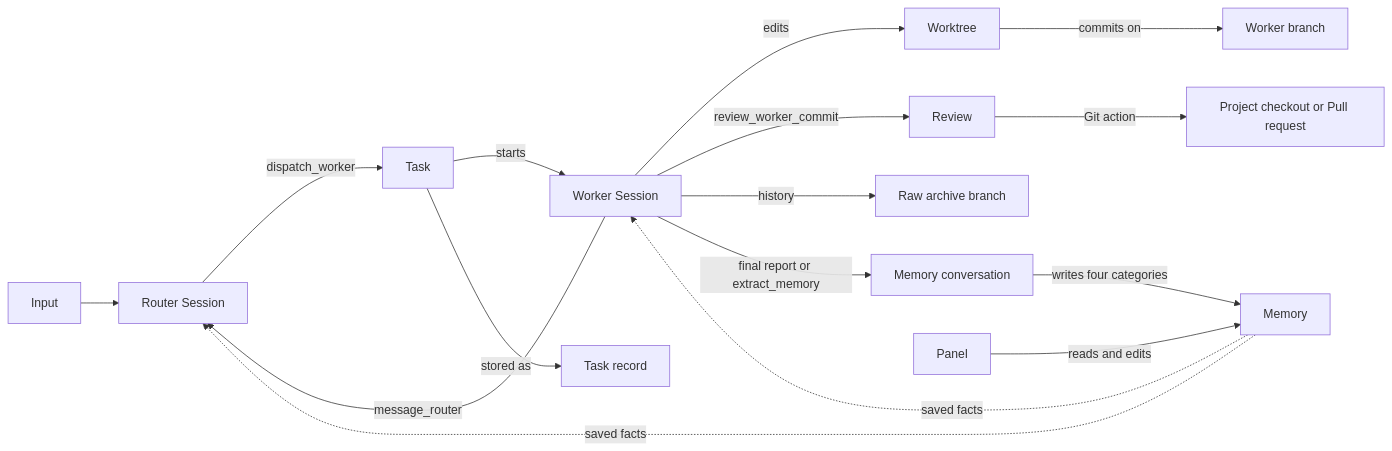
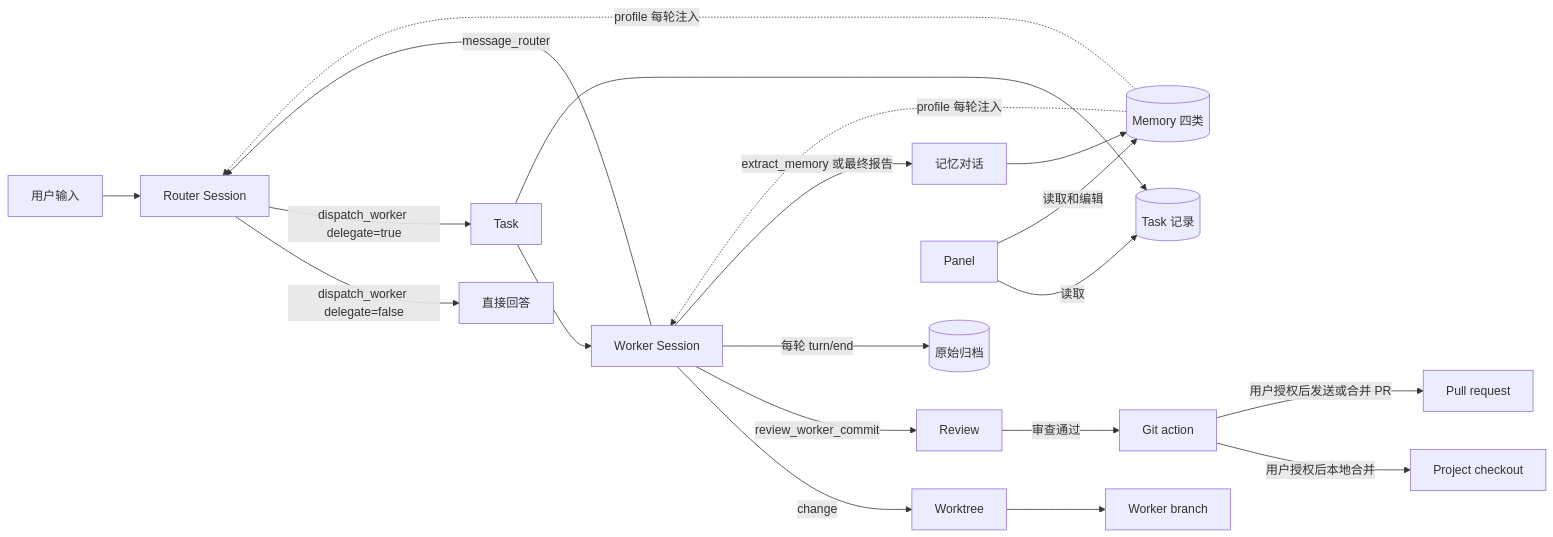
Before and after one commit to LMQ00/superagent-lite: the diagram in docs/001-domain.md, drawn with Mermaid. The commit also changed other lines of this file and 13 other files, not shown here.

````diff
--- a/docs/001-domain.md
+++ b/docs/001-domain.md
@@ -9,18 +9,22 @@
 ```mermaid
 flowchart LR
-  I[Input] --> R[Router Session]
-  R -->|dispatch_worker| T[Task]
-  T -->|starts| W[Worker Session]
-  W -->|edits| WT[Worktree]
-  WT -->|commits on| B[Worker branch]
+  I[用户输入] --> R[Router Session]
+  R -->|dispatch_worker delegate=false| A[直接回答]
+  R -->|dispatch_worker delegate=true| T[Task]
+  T --> W[Worker Session]
+  W -->|change| WT[Worktree]
+  WT --> B[Worker branch]
   W -->|review_worker_commit| V[Review]
   W -->|message_router| R
-  V -->|Git action| G[Project checkout or Pull request]
-  T -->|stored as| D[Task record]
-  W -->|history| A[Raw archive branch]
-  W -->|final report or extract_memory| X[Memory conversation]
-  X -->|writes four categories| M[Memory]
-  M -.->|saved facts| R
-  M -.->|saved facts| W
-  P[Panel] -->|reads and edits| M
+  V -->|审查通过| G[Git action]
+  G -->|用户授权后本地合并| P[Project checkout]
+  G -->|用户授权后发送或合并 PR| PR[Pull request]
+  T --> D[(Task 记录)]
+  W -->|每轮 turn/end| AR[(原始归档)]
+  W -->|extract_memory 或最终报告| M[记忆对话]
+  M --> ME[(Memory 四类)]
+  ME -.->|profile 每轮注入| R
+  ME -.->|profile 每轮注入| W
+  PN[Panel] -->|读取| D
+  PN -->|读取和编辑| ME
 ```
````
